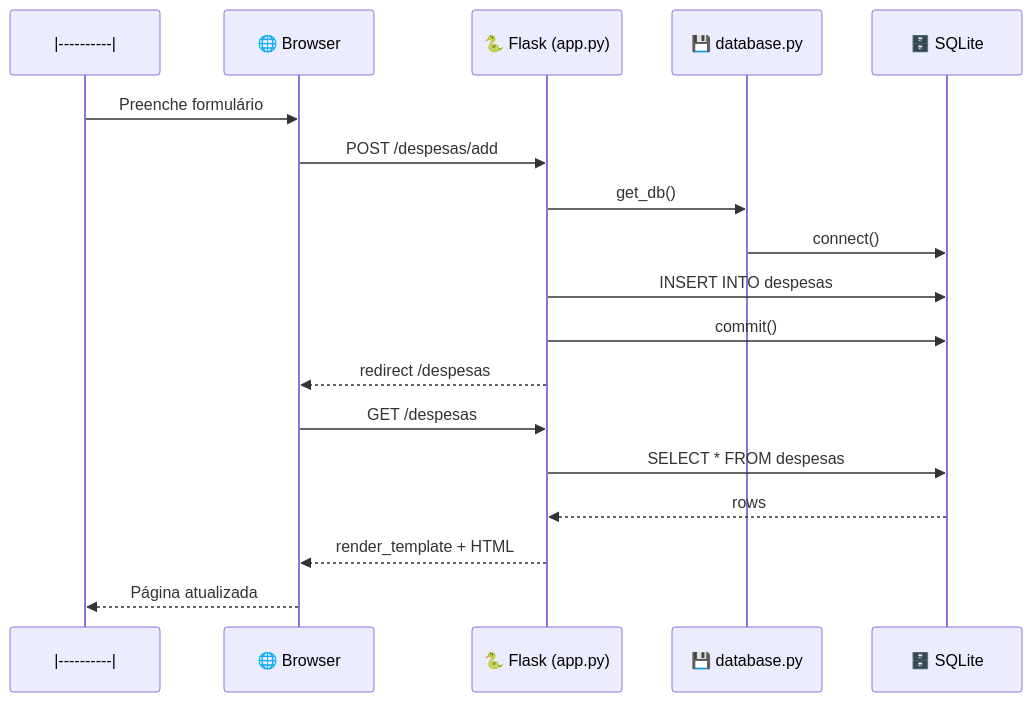
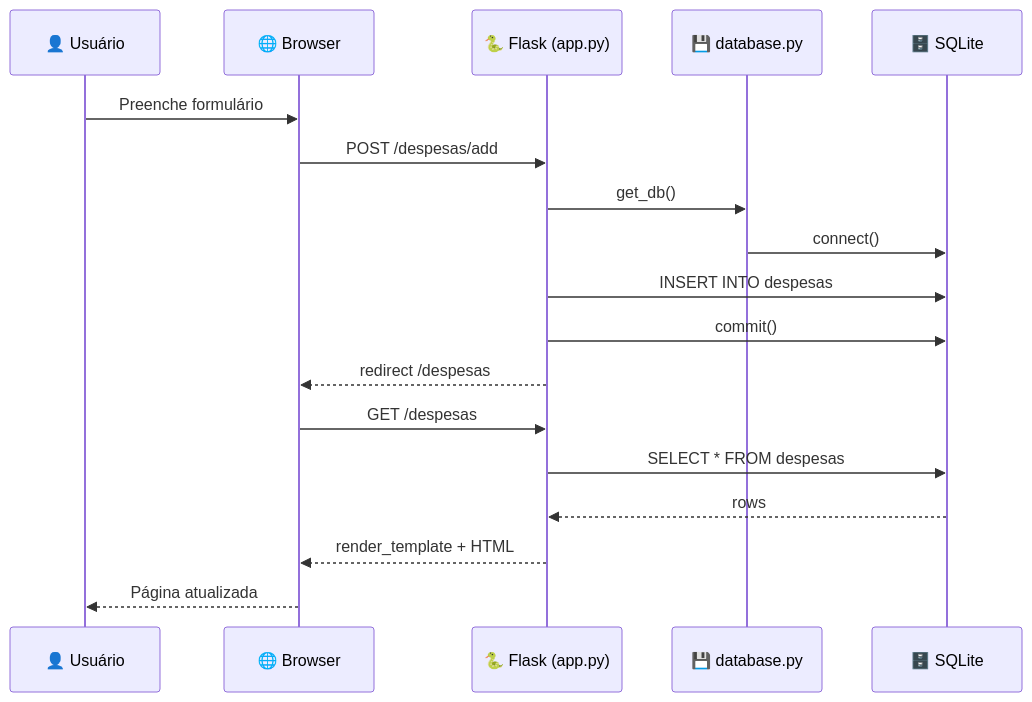
The diagram in mermaid2.md (marcos-sousa-93/markdown), drawn with Mermaid before and after one commit.

Commit message:
Fix participant representation in mermaid diagram

````diff
--- a/mermaid2.md
+++ b/mermaid2.md
@@ -1,22 +1,21 @@
 ```mermaid
 sequenceDiagram
-    participant U as |👤 Usuário|
-    participant U as |----------|
+    participant U as 👤 Usuário
     participant B as 🌐 Browser
     participant F as 🐍 Flask (app.py)
     participant D as 💾 database.py
     participant S as 🗄️ SQLite
 
     U->>B: Preenche formulário
     B->>F: POST /despesas/add
     F->>D: get_db()
     D->>S: connect()
     F->>S: INSERT INTO despesas
     F->>S: commit()
     F-->>B: redirect /despesas
     B->>F: GET /despesas
     F->>S: SELECT * FROM despesas
     S-->>F: rows
     F-->>B: render_template + HTML
     B-->>U: Página atualizada
 ```
````
